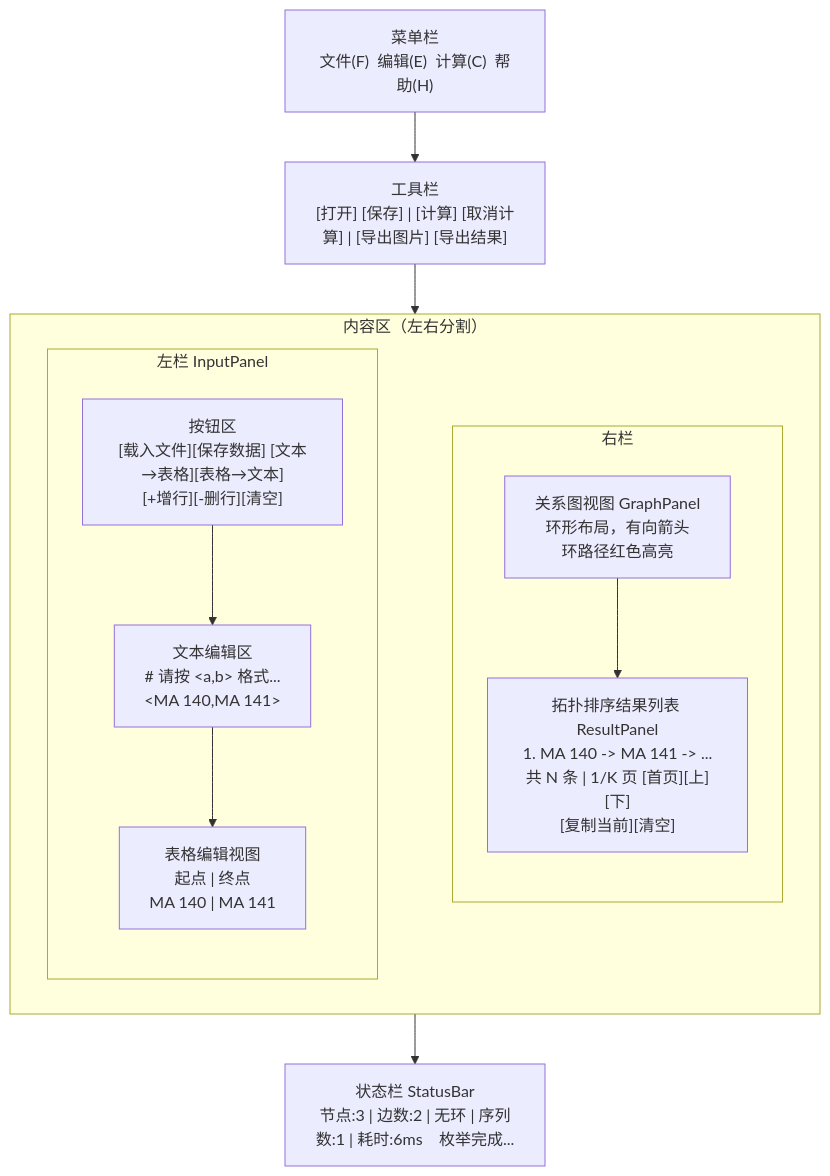
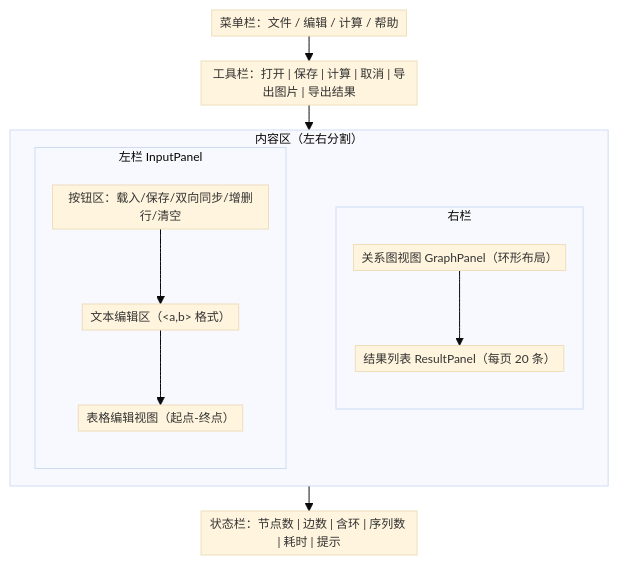
Before and after one commit to yyj138/topological-sort: the first of 7 diagrams in docs/详细设计报告-GUI.md, drawn with Mermaid. The commit also changed other lines of this file, not shown here.

Commit message:
【T-B】Mermaid图整体优化：init配置12px小字体+紧凑间距；节点文字缩短防截断；§2.3菜单去subgraph改横向；§3.3事件流改LR横向；§4.1类图节点精简；§8.1目录树精简

````diff
--- a/docs/详细设计报告-GUI.md
+++ b/docs/详细设计报告-GUI.md
@@ -45,24 +45,25 @@
 ```mermaid
+%%{init: {'theme':'base','themeVariables':{'fontSize':'12px'},'flowchart':{'nodeSpacing':15,'rankSpacing':25,'padding':4}}}%%
 flowchart TB
-    MenuBar["菜单栏<br/>文件(F)  编辑(E)  计算(C)  帮助(H)"]
-    ToolBar["工具栏<br/>[打开] [保存] | [计算] [取消计算] | [导出图片] [导出结果]"]
+    MenuBar["菜单栏：文件 / 编辑 / 计算 / 帮助"]
+    ToolBar["工具栏：打开 | 保存 | 计算 | 取消 | 导出图片 | 导出结果"]
     subgraph Content["内容区（左右分割）"]
         direction LR
         subgraph Left["左栏 InputPanel"]
             direction TB
-            Lbtns["按钮区<br/>[载入文件][保存数据] [文本→表格][表格→文本]<br/>[+增行][-删行][清空]"]
-            TextArea["文本编辑区<br/># 请按 &lt;a,b&gt; 格式...<br/>&lt;MA 140,MA 141&gt;"]
-            TableView["表格编辑视图<br/>起点 | 终点<br/>MA 140 | MA 141"]
+            Lbtns["按钮区：载入/保存/双向同步/增删行/清空"]
+            TextArea["文本编辑区（&lt;a,b&gt; 格式）"]
+            TableView["表格编辑视图（起点-终点）"]
             Lbtns --> TextArea --> TableView
         end
         subgraph Right["右栏"]
             direction TB
-            GraphView["关系图视图 GraphPanel<br/>环形布局，有向箭头<br/>环路径红色高亮"]
-            ResultView["拓扑排序结果列表 ResultPanel<br/>1. MA 140 -> MA 141 -> ...<br/>共 N 条 | 1/K 页 [首页][上][下]<br/>[复制当前][清空]"]
+            GraphView["关系图视图 GraphPanel（环形布局）"]
+            ResultView["结果列表 ResultPanel（每页 20 条）"]
             GraphView --> ResultView
         end
         Left ~~~ Right
     end
-    StatusBar["状态栏 StatusBar<br/>节点:3 | 边数:2 | 无环 | 序列数:1 | 耗时:6ms    枚举完成..."]
+    StatusBar["状态栏：节点数 | 边数 | 含环 | 序列数 | 耗时 | 提示"]
     MenuBar --> ToolBar --> Content --> StatusBar
 ```
````
